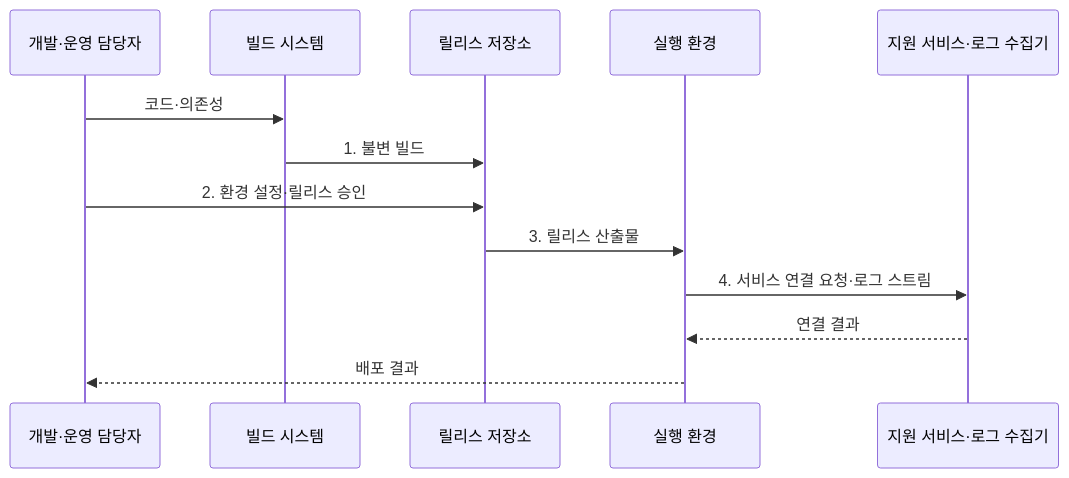
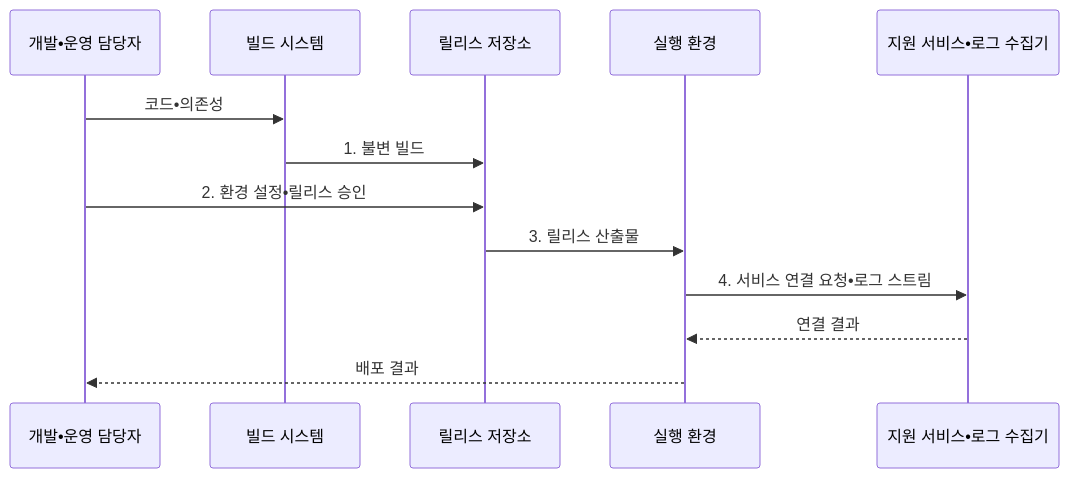
Before and after one commit to agnusdei1207/knowledge-base: the diagram in src/content/docs/notes/03-software/045_twelve_factor_app.md, drawn with Mermaid. The commit also changed other lines of this file and 953 other files, not shown here.

````diff
--- a/src/content/docs/notes/03-software/045_twelve_factor_app.md
+++ b/src/content/docs/notes/03-software/045_twelve_factor_app.md
@@ -95,15 +95,15 @@
 ```mermaid
 sequenceDiagram
-    participant D as 개발·운영 담당자
+    participant D as 개발•운영 담당자
     participant B as 빌드 시스템
     participant R as 릴리스 저장소
     participant P as 실행 환경
-    participant S as 지원 서비스·로그 수집기
-    D->>B: 코드·의존성
+    participant S as 지원 서비스•로그 수집기
+    D->>B: 코드•의존성
     B->>R: 1. 불변 빌드
-    D->>R: 2. 환경 설정·릴리스 승인
+    D->>R: 2. 환경 설정•릴리스 승인
     R->>P: 3. 릴리스 산출물
-    P->>S: 4. 서비스 연결 요청·로그 스트림
+    P->>S: 4. 서비스 연결 요청•로그 스트림
     S-->>P: 연결 결과
     P-->>D: 배포 결과
 ```
````
